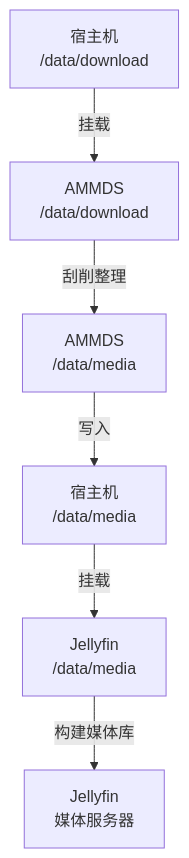
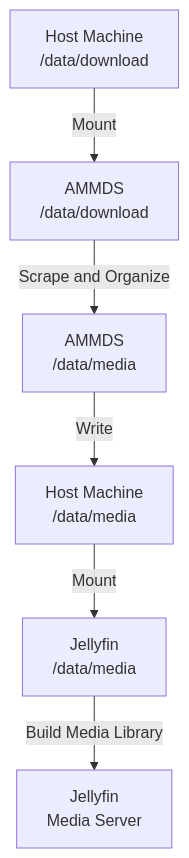
The third of 5 diagrams in docs/usage/Mount.md (QYG2297248353/AMMDS-DOC), drawn with Mermaid before and after one commit. The commit also changed other lines of this file and 23 other files, not shown here.

````diff
--- a/docs/usage/Mount.md
+++ b/docs/usage/Mount.md
@@ -154,9 +154,9 @@
 ```mermaid
 flowchart TD
-    %% 数据流向图
-    HOST_DOWNLOAD["宿主机<br/>/data/download"] -->|"挂载"| AMMDS_DOWNLOAD["AMMDS<br/>/data/download"]
-    AMMDS_DOWNLOAD -->|"刮削整理"| AMMDS_MEDIA["AMMDS<br/>/data/media"]
-    AMMDS_MEDIA -->|"写入"| HOST_MEDIA["宿主机<br/>/data/media"]
-    HOST_MEDIA -->|"挂载"| JELLYFIN_MEDIA["Jellyfin<br/>/data/media"]
-    JELLYFIN_MEDIA -->|"构建媒体库"| JELLYFIN_SERVER["Jellyfin<br/>媒体服务器"]
+    %% Data flow diagram
+    HOST_DOWNLOAD["Host Machine<br/>/data/download"] -->|"Mount"| AMMDS_DOWNLOAD["AMMDS<br/>/data/download"]
+    AMMDS_DOWNLOAD -->|"Scrape and Organize"| AMMDS_MEDIA["AMMDS<br/>/data/media"]
+    AMMDS_MEDIA -->|"Write"| HOST_MEDIA["Host Machine<br/>/data/media"]
+    HOST_MEDIA -->|"Mount"| JELLYFIN_MEDIA["Jellyfin<br/>/data/media"]
+    JELLYFIN_MEDIA -->|"Build Media Library"| JELLYFIN_SERVER["Jellyfin<br/>Media Server"]
 ```
````
